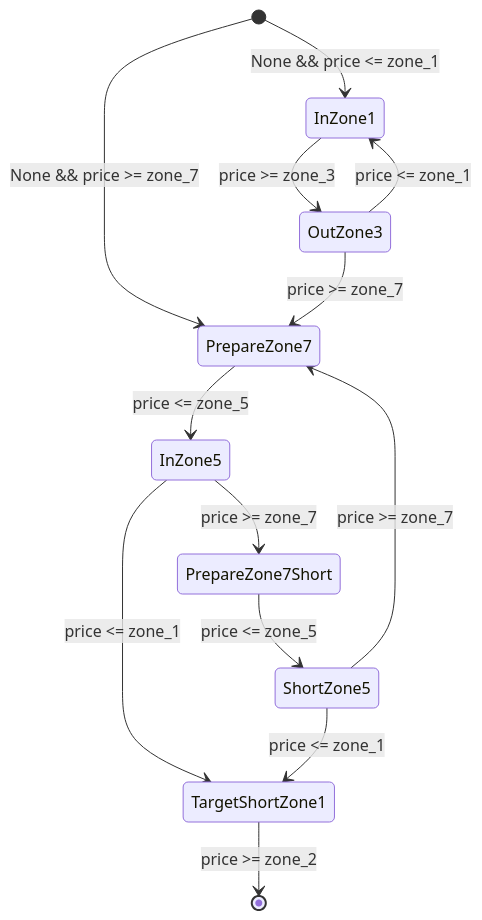
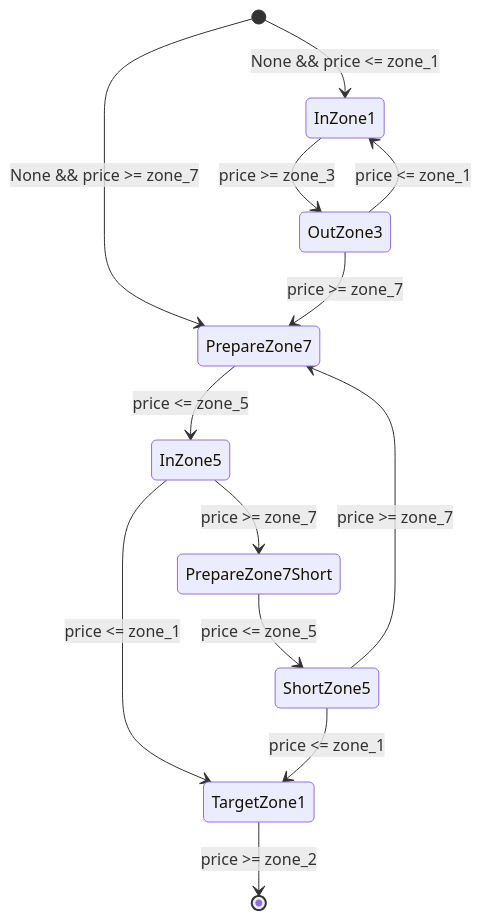
Before and after one commit to madrijkaard/rkd-high-frequency-trading: the third of 3 diagrams in README.md, drawn with Mermaid. The commit also changed other lines of this file and 8 other files, not shown here.

````diff
--- a/README.md
+++ b/README.md
@@ -198,16 +198,16 @@
 ```mermaid
 stateDiagram-v2
     [*] --> InZone1: None && price <= zone_1
     [*] --> PrepareZone7: None && price >= zone_7
 
     InZone1 --> OutZone3: price >= zone_3
     OutZone3 --> InZone1: price <= zone_1
     OutZone3 --> PrepareZone7: price >= zone_7
     PrepareZone7 --> InZone5: price <= zone_5
-    InZone5 --> TargetShortZone1: price <= zone_1
+    InZone5 --> TargetZone1: price <= zone_1
     InZone5 --> PrepareZone7Short: price >= zone_7
     PrepareZone7Short --> ShortZone5: price <= zone_5
-    ShortZone5 --> TargetShortZone1: price <= zone_1
+    ShortZone5 --> TargetZone1: price <= zone_1
     ShortZone5 --> PrepareZone7: price >= zone_7
-    TargetShortZone1 --> [*]: price >= zone_2
+    TargetZone1 --> [*]: price >= zone_2
 ```
````
